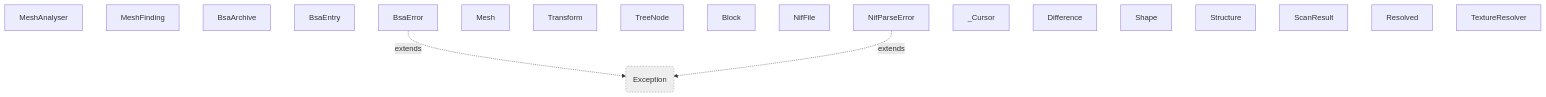
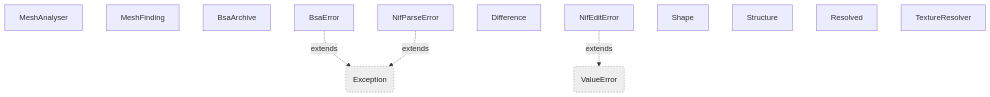
One commit to staticnation/WraithguardToolkit changed diagram 13 of 18 in art/AST-deps.md. Above: the diagram before and after it, drawn with Mermaid. The commit also changed other lines of this file and 25 other files, not shown here.

````diff
--- a/art/AST-deps.md
+++ b/art/AST-deps.md
@@ -1255,25 +2920,20 @@
 ```mermaid
 flowchart TD
   n_wraithguard_nif_analysis_MeshAnalyser["MeshAnalyser"]
   n_wraithguard_nif_analysis_MeshFinding["MeshFinding"]
   n_wraithguard_nif_bsa_BsaArchive["BsaArchive"]
-  n_wraithguard_nif_bsa_BsaEntry["BsaEntry"]
   n_wraithguard_nif_bsa_BsaError["BsaError"]
-  n_wraithguard_nif_geometry_Mesh["Mesh"]
-  n_wraithguard_nif_geometry_Transform["Transform"]
-  n_wraithguard_nif_geometry_TreeNode["TreeNode"]
-  n_wraithguard_nif_reader_Block["Block"]
-  n_wraithguard_nif_reader_NifFile["NifFile"]
-  n_wraithguard_nif_reader_NifParseError["NifParseError"]
-  n_wraithguard_nif_reader__Cursor["_Cursor"]
+  n_wraithguard_nif_edit_NifEditError["NifEditError"]
   n_wraithguard_nif_report_Difference["Difference"]
+  n_wraithguard_nif_report_NifParseError["NifParseError"]
   n_wraithguard_nif_report_Shape["Shape"]
   n_wraithguard_nif_report_Structure["Structure"]
-  n_wraithguard_nif_scan_ScanResult["ScanResult"]
   n_wraithguard_nif_textures_Resolved["Resolved"]
   n_wraithguard_nif_textures_TextureResolver["TextureResolver"]
   n_EXTBASE_Exception("Exception"):::external
   n_wraithguard_nif_bsa_BsaError -.->|extends| n_EXTBASE_Exception
-  n_wraithguard_nif_reader_NifParseError -.->|extends| n_EXTBASE_Exception
-  classDef external fill:#eee,stroke:#999,stroke-dasharray: 3 3
+  n_EXTBASE_ValueError("ValueError"):::external
+  n_wraithguard_nif_edit_NifEditError -.->|extends| n_EXTBASE_ValueError
+  n_wraithguard_nif_report_NifParseError -.->|extends| n_EXTBASE_Exception
+  classDef external fill:#eee,stroke:#999,stroke-dasharray: 3 3,color:#222
 ```
````
